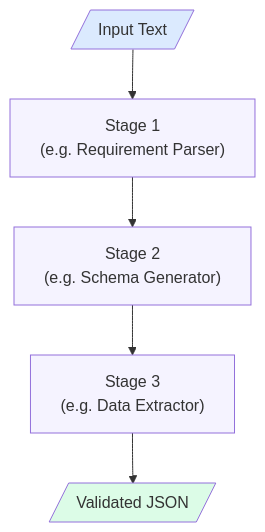
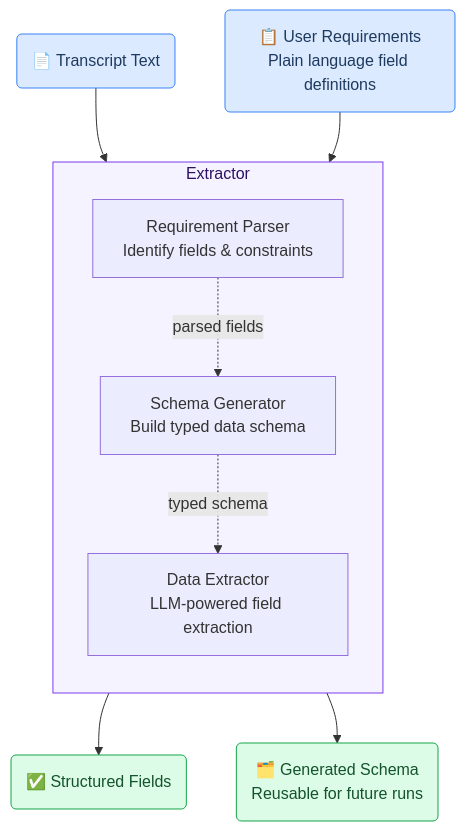
The third of 4 diagrams in .claude/skills/create-usecase-description/references/mermaid-guide.md (GAIK-project/gaik-toolkit), drawn with Mermaid before and after one commit. The commit also changed other lines of this file and 7 other files, not shown here.

````diff
--- a/.claude/skills/create-usecase-description/references/mermaid-guide.md
+++ b/.claude/skills/create-usecase-description/references/mermaid-guide.md
@@ -91,13 +123,23 @@
 ```mermaid
-graph TD
-  A[/"Input Text"/] --> B["Stage 1\n(e.g. Requirement Parser)"]
-  B --> C["Stage 2\n(e.g. Schema Generator)"]
-  C --> D["Stage 3\n(e.g. Data Extractor)"]
-  D --> E[/"Validated JSON"/]
+flowchart TD
+    A("📄 Transcript Text") --> DE
+    B("📋 User Requirements<br/>Plain language field definitions") --> RP
 
-  style A fill:#dbeafe
-  style B fill:#f5f3ff
-  style C fill:#f5f3ff
-  style D fill:#f5f3ff
-  style E fill:#dcfce7
+    subgraph EXT["Extractor"]
+        direction TB
+        RP["Requirement Parser<br/>Identify fields & constraints"]
+        SG["Schema Generator<br/>Build typed data schema"]
+        DE["Data Extractor<br/>LLM-powered field extraction"]
+        RP -.->|"parsed fields"| SG
+        SG -.->|"typed schema"| DE
+    end
+
+    EXT --> C("✅ Structured Fields")
+    EXT --> D("🗂️ Generated Schema<br/>Reusable for future runs")
+
+    style A fill:#dbeafe,stroke:#3b82f6,color:#1e3a5f
+    style B fill:#dbeafe,stroke:#3b82f6,color:#1e3a5f
+    style C fill:#dcfce7,stroke:#16a34a,color:#14532d
+    style D fill:#dcfce7,stroke:#16a34a,color:#14532d
+    style EXT fill:#f5f3ff,stroke:#7c3aed,color:#2e1065
 ```
````
